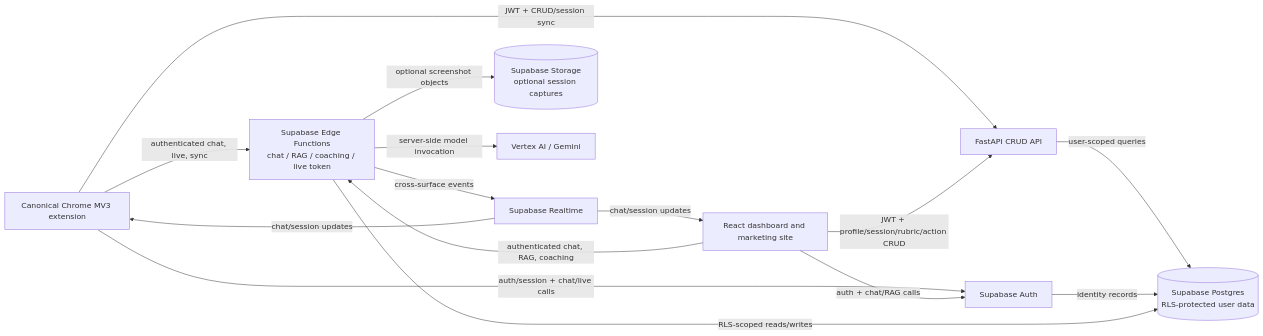
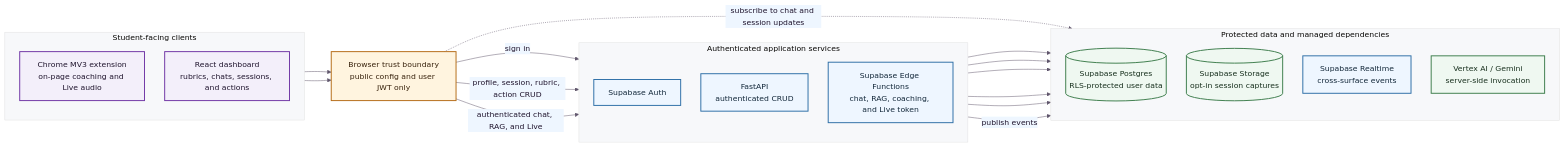
Before and after one commit to GjStublla/studypilot: the diagram in docs/architecture/system.mmd, drawn with Mermaid. The commit also changed 4 other files, not shown here.

```diff
--- a/docs/architecture/system.mmd
+++ b/docs/architecture/system.mmd
@@ -1,25 +1,47 @@
+%%{init: {"theme": "base", "themeVariables": {"background": "#ffffff", "primaryColor": "#f3effa", "primaryTextColor": "#20152e", "primaryBorderColor": "#6f35a5", "lineColor": "#5f556b", "secondaryColor": "#eef6ff", "tertiaryColor": "#f7f8fa", "fontFamily": "Arial, sans-serif"}, "flowchart": {"curve": "basis", "nodeSpacing": 42, "rankSpacing": 56}}}%%
 flowchart LR
-  EXT[Canonical Chrome MV3 extension]
-  WEB[React dashboard and marketing site]
-  API[FastAPI CRUD API]
-  AUTH[Supabase Auth]
-  EDGE[Supabase Edge Functions\nchat / RAG / coaching / live token]
-  RT[Supabase Realtime]
-  DB[(Supabase Postgres\nRLS-protected user data)]
-  STORAGE[(Supabase Storage\noptional session captures)]
-  VERTEX[Vertex AI / Gemini]
+  subgraph CLIENTS[Student-facing clients]
+    direction TB
+    EXT[Chrome MV3 extension<br/>on-page coaching and Live audio]
+    WEB[React dashboard<br/>rubrics, chats, sessions, and actions]
+  end
 
-  EXT -->|JWT + CRUD/session sync| API
-  WEB -->|JWT + profile/session/rubric/action CRUD| API
-  EXT -->|auth/session + chat/live calls| AUTH
-  WEB -->|auth + chat/RAG calls| AUTH
-  EXT -->|authenticated chat, live, sync| EDGE
-  WEB -->|authenticated chat, RAG, coaching| EDGE
-  API -->|user-scoped queries| DB
-  AUTH -->|identity records| DB
-  EDGE -->|RLS-scoped reads/writes| DB
-  EDGE -->|optional screenshot objects| STORAGE
-  EDGE -->|server-side model invocation| VERTEX
-  EDGE -->|cross-surface events| RT
-  RT -->|chat/session updates| EXT
-  RT -->|chat/session updates| WEB
+  BOUNDARY[Browser trust boundary<br/>public config and user JWT only]
+
+  subgraph SERVICES[Authenticated application services]
+    direction TB
+    AUTH[Supabase Auth]
+    API[FastAPI<br/>authenticated CRUD]
+    EDGE[Supabase Edge Functions<br/>chat, RAG, coaching, and Live token]
+  end
+
+  subgraph DATA[Protected data and managed dependencies]
+    direction TB
+    DB[(Supabase Postgres<br/>RLS-protected user data)]
+    STORAGE[(Supabase Storage<br/>opt-in session captures)]
+    RT[Supabase Realtime<br/>cross-surface events]
+    VERTEX[Vertex AI / Gemini<br/>server-side invocation]
+  end
+
+  EXT --> BOUNDARY
+  WEB --> BOUNDARY
+  BOUNDARY -->|sign in| AUTH
+  BOUNDARY -->|profile, session, rubric, action CRUD| API
+  BOUNDARY -->|authenticated chat, RAG, and Live| EDGE
+  BOUNDARY -.->|subscribe to chat and session updates| RT
+
+  AUTH --> DB
+  API --> DB
+  EDGE --> DB
+  EDGE --> STORAGE
+  EDGE --> VERTEX
+  EDGE -->|publish events| RT
+
+  classDef client fill:#f3effa,stroke:#6f35a5,stroke-width:2px,color:#20152e;
+  classDef boundary fill:#fff4df,stroke:#b56b16,stroke-width:2px,color:#39230d;
+  classDef service fill:#eef6ff,stroke:#2d6ea6,stroke-width:2px,color:#13283a;
+  classDef data fill:#eff8f1,stroke:#3d7d4c,stroke-width:2px,color:#18301e;
+  class EXT,WEB client;
+  class BOUNDARY boundary;
+  class AUTH,API,EDGE,RT service;
+  class DB,STORAGE,VERTEX data;
```
